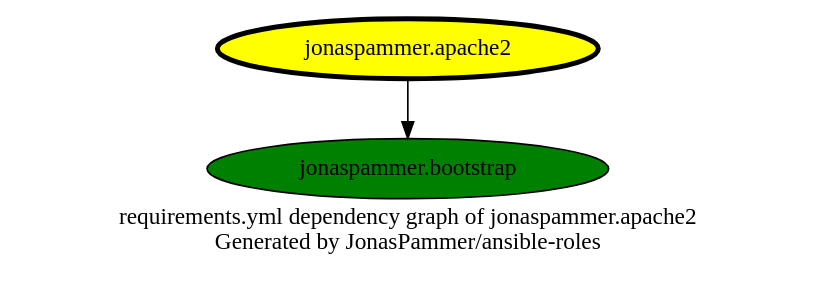
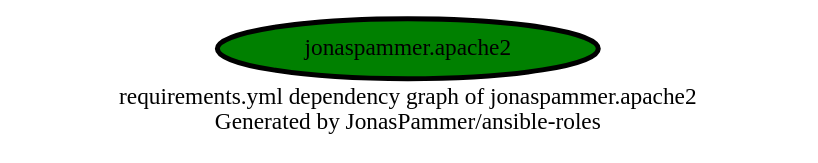
Before and after one commit to JonasPammer/ansible-roles: the diagram in graphs/dependencies_apache2.dot, drawn with Graphviz. The commit also changed 32 other files, not shown here.

```diff
--- a/graphs/dependencies_apache2.dot
+++ b/graphs/dependencies_apache2.dot
@@ -1,12 +1,10 @@
 digraph hierarchy {
   label = "requirements.yml dependency graph of jonaspammer.apache2 \n Generated by JonasPammer/ansible-roles" ;
   overlap=false
 
   {
-    "jonaspammer.apache2" [fillcolor=yellow style=filled penwidth=3]
-    "jonaspammer.bootstrap" [fillcolor=green style=filled ]
+    "jonaspammer.apache2" [fillcolor=green style=filled penwidth=3]
   }
 
 
-  "jonaspammer.apache2" -> {"jonaspammer.bootstrap"}
 }
```
